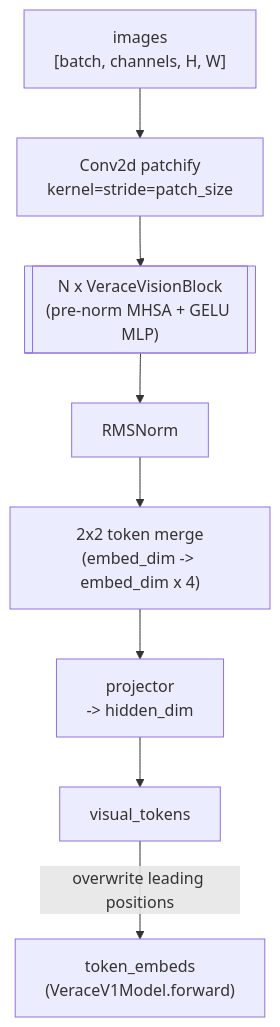
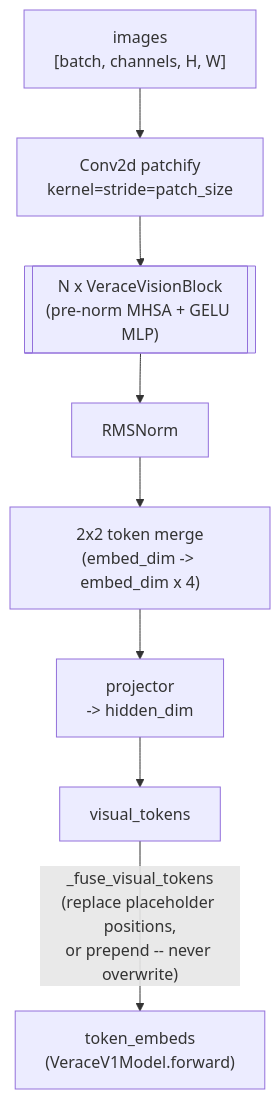
One commit to Verace-Pvt-Ltd/Verace-V1 changed the diagram in docs/modules/vision-encoder.md. Above: the diagram before and after it, drawn with Mermaid. The commit also changed other lines of this file and 10 other files, not shown here.

First line of the commit message:
fix: stop vision fusion from silently overwriting leading text tokens

````diff
--- a/docs/modules/vision-encoder.md
+++ b/docs/modules/vision-encoder.md
@@ -55,10 +55,10 @@
 ```mermaid
 flowchart TD
     IMG["images\n[batch, channels, H, W]"] --> PATCH["Conv2d patchify\nkernel=stride=patch_size"]
     PATCH --> BLOCKS[["N x VeraceVisionBlock\n(pre-norm MHSA + GELU MLP)"]]
     BLOCKS --> NORM["RMSNorm"]
     NORM --> MERGE["2x2 token merge\n(embed_dim -> embed_dim x 4)"]
     MERGE --> PROJ["projector\n-> hidden_dim"]
     PROJ --> VTOK["visual_tokens"]
-    VTOK -->|"overwrite leading positions"| TOKEMB["token_embeds\n(VeraceV1Model.forward)"]
+    VTOK -->|"_fuse_visual_tokens\n(replace placeholder positions,\nor prepend -- never overwrite)"| TOKEMB["token_embeds\n(VeraceV1Model.forward)"]
 ```
````
